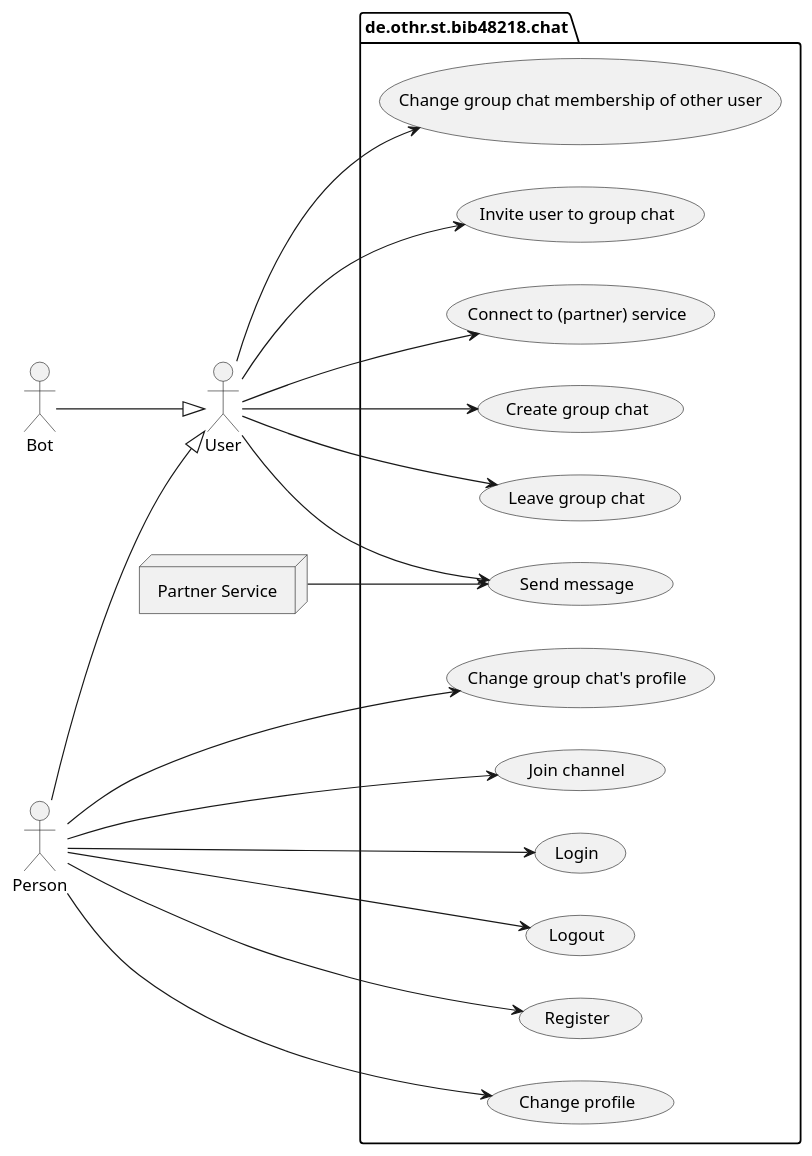
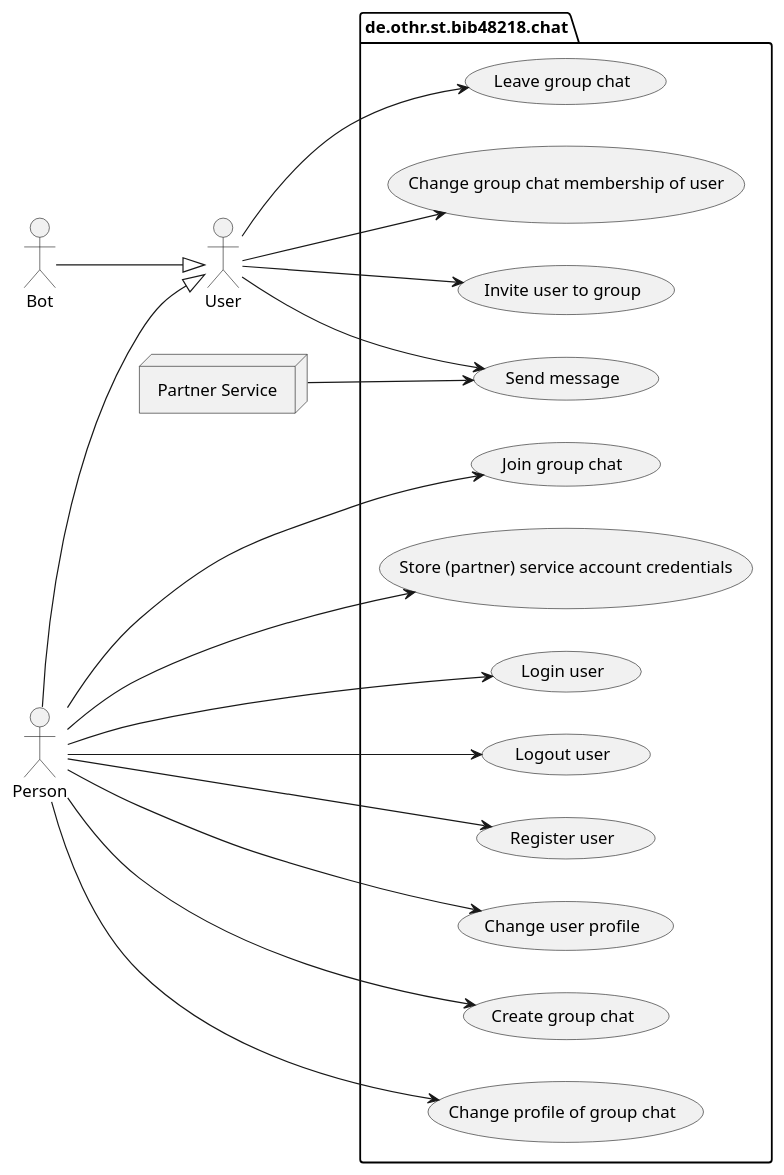
One commit to bbenno/oth-sw changed the diagram in src/doc/uml-usecase.puml. Above: the diagram before and after it, drawn with PlantUML.

Commit message:
Complete UC Login,Logout,Register

```diff
--- a/src/doc/uml-usecase.puml
+++ b/src/doc/uml-usecase.puml
@@ -1,48 +1,48 @@
 @startuml chat-usecase
 skinparam monochrome true
 left to right direction
 
 ' actors
 actor "User" as u
 actor "Person" as p
 actor "Bot" as b
 node "Partner Service" as s
 
 ' actor hierarchy
 p -down-|> u
 b -down-|> u
 
 ' use cases
 package "de.othr.st.bib48218.chat" {
-  usecase "Login" as oUC1
-  usecase "Logout" as oUC2
-  usecase "Register" as oUC3
-  usecase "Change profile" as oUC4
+  usecase "Login user" as oUC1
+  usecase "Logout user" as oUC2
+  usecase "Register user" as oUC3
+  usecase "Change user profile" as oUC4
 
   usecase "Send message" as mUC
   ' Chating use cases
   usecase "Create group chat" as cUC1
   usecase "Leave group chat" as cUC2
-  usecase "Change group chat's profile" as cUC3
-  usecase "Change group chat membership of other user" as cUC4
-  usecase "Invite user to group chat" as cUC5
-  usecase "Join channel" as cUC6
+  usecase "Change profile of group chat" as cUC3
+  usecase "Change group chat membership of user" as cUC4
+  usecase "Invite user to group" as cUC5
+  usecase "Join group chat" as cUC6
   ' Connecting to partners use cases
-  usecase "Connect to (partner) service" as pUC
+  usecase "Store (partner) service account credentials" as pUC
 }
 
 '  link actor User with use cases
 p --> oUC1
 p --> oUC2
 p --> oUC3
 p --> oUC4
 p --> cUC3
 p --> cUC6
 s --> mUC
 u --> mUC
-u --> cUC1
+p --> cUC1
 u --> cUC2
 u --> cUC4
 u --> cUC5
-u --> pUC
+p --> pUC
 @enduml
```
